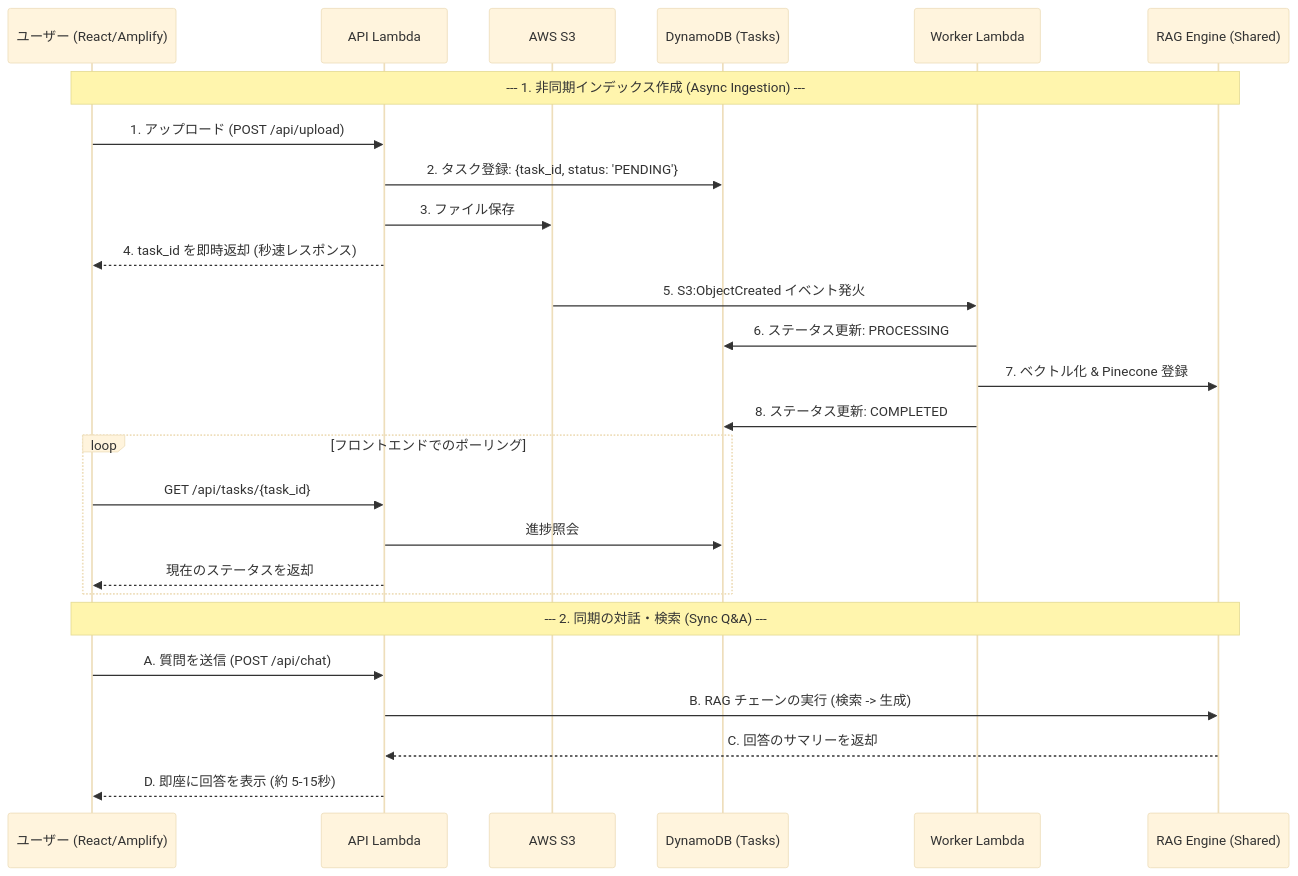
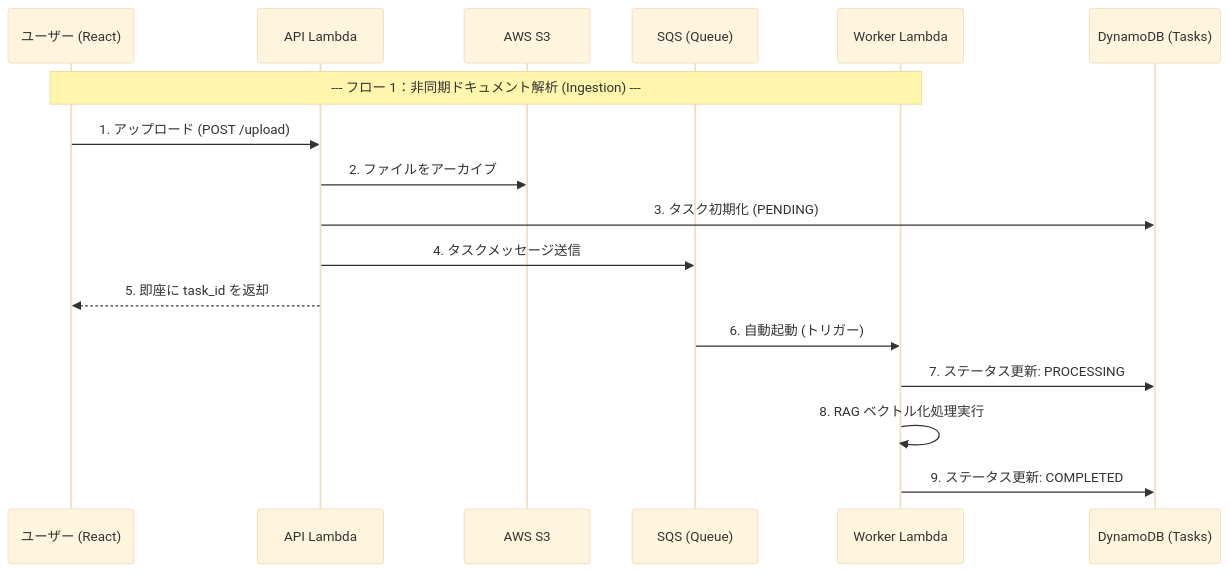
The second of 3 diagrams in implementation_plan_ja.md (supermt1986/aws_notebooklm), drawn with Mermaid (base theme) before and after one commit. The commit also changed other lines of this file and 4 other files, not shown here.

Commit message:
feat: implement SQS-based load leveling for asynchronous RAG

````diff
--- a/implementation_plan_ja.md
+++ b/implementation_plan_ja.md
@@ -33,32 +29,21 @@
 ```mermaid
 sequenceDiagram
-    participant U as ユーザー (React/Amplify)
+    participant U as ユーザー (React)
     participant A as API Lambda
     participant S as AWS S3
+    participant Q as SQS (Queue)
+    participant W as Worker Lambda
     participant D as DynamoDB (Tasks)
-    participant W as Worker Lambda
-    participant R as RAG Engine (Shared)
 
-    Note over U, R: --- 1. 非同期インデックス作成 (Async Ingestion) ---
-    U->>A: 1. アップロード (POST /api/upload)
-    A->>D: 2. タスク登録: {task_id, status: 'PENDING'}
-    A->>S: 3. ファイル保存
-    A-->>U: 4. task_id を即時返却 (秒速レスポンス)
+    Note over U, W: --- フロー 1：非同期ドキュメント解析 (Ingestion) ---
+    U->>A: 1. アップロード (POST /upload)
+    A->>S: 2. ファイルをアーカイブ
+    A->>D: 3. タスク初期化 (PENDING)
+    A->>Q: 4. タスクメッセージ送信
+    A-->>U: 5. 即座に task_id を返却
     
-    S->>W: 5. S3:ObjectCreated イベント発火
-    W->>D: 6. ステータス更新: PROCESSING
-    W->>R: 7. ベクトル化 & Pinecone 登録
-    W->>D: 8. ステータス更新: COMPLETED
-    
-    loop フロントエンドでのポーリング
-        U->>A: GET /api/tasks/{task_id}
-        A->>D: 進捗照会
-        A-->>U: 現在のステータスを返却
-    end
-
-    Note over U, R: --- 2. 同期の対話・検索 (Sync Q&A) ---
-    U->>A: A. 質問を送信 (POST /api/chat)
-    A->>R: B. RAG チェーンの実行 (検索 -> 生成)
-    R-->>A: C. 回答のサマリーを返却
-    A-->>U: D. 即座に回答を表示 (約 5-15秒)
+    Q->>W: 6. 自動起動 (トリガー)
+    W->>D: 7. ステータス更新: PROCESSING
+    W->>W: 8. RAG ベクトル化処理実行
+    W->>D: 9. ステータス更新: COMPLETED
 ```
````
